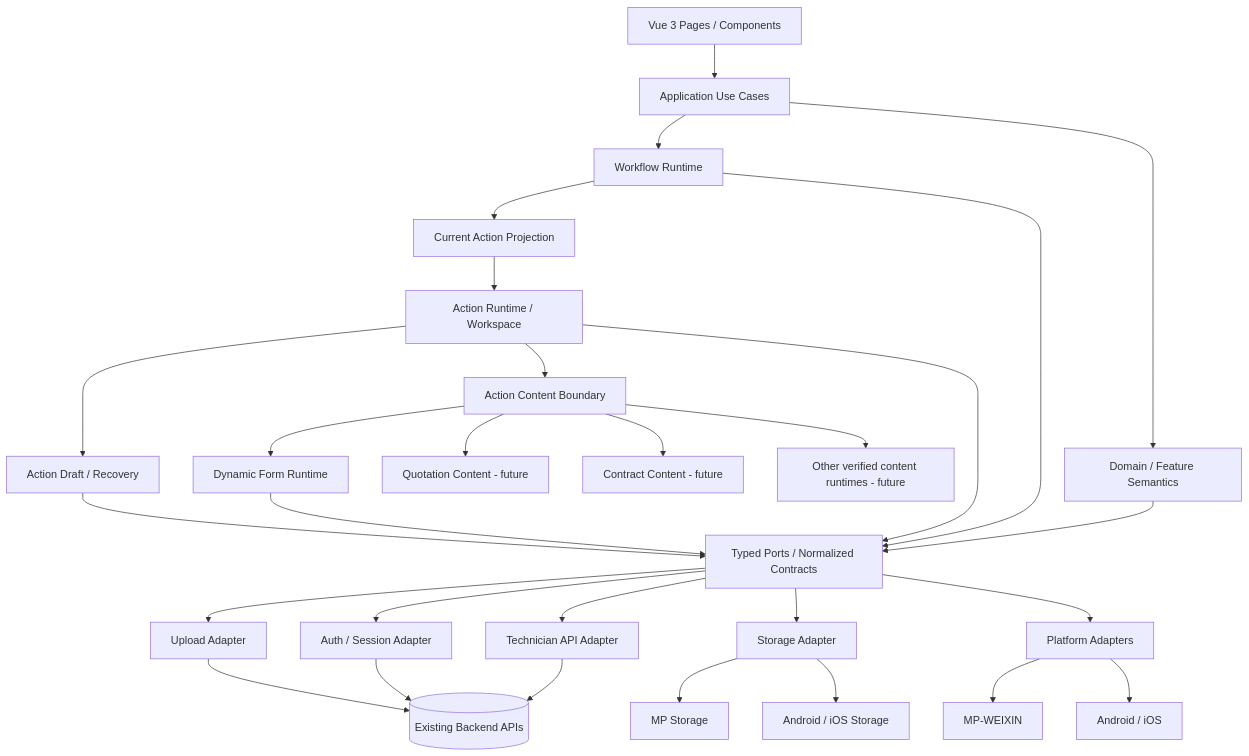
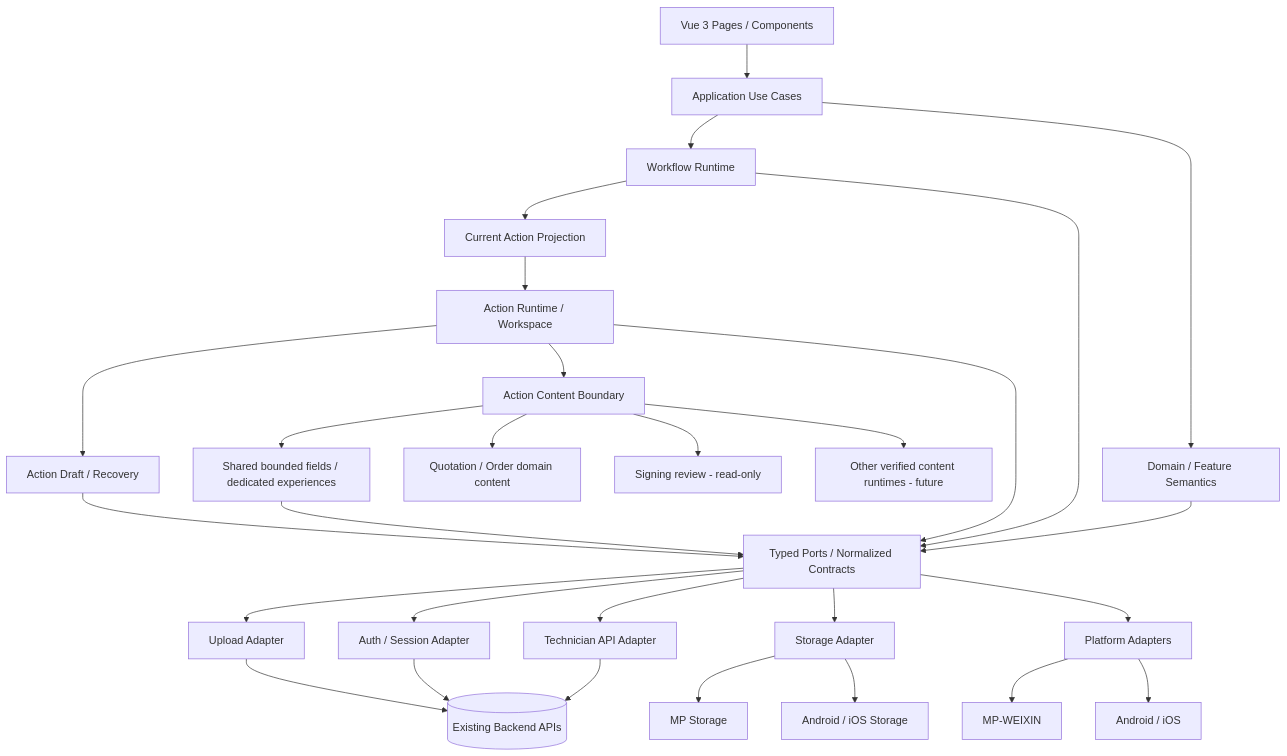
The diagram in docs/architecture/TARGET_ARCHITECTURE.md (xlink-bj/xlink-technician-app), drawn with Mermaid before and after one commit. The commit also changed other lines of this file and 3 other files, not shown here.

Commit message:
docs(architecture): clarify R1 data and experience boundaries

````diff
--- a/docs/architecture/TARGET_ARCHITECTURE.md
+++ b/docs/architecture/TARGET_ARCHITECTURE.md
@@ -131,39 +134,39 @@
 ```mermaid
 flowchart TD
     UI[Vue 3 Pages / Components] --> APP[Application Use Cases]
 
     APP --> DOMAIN[Domain / Feature Semantics]
     APP --> WF[Workflow Runtime]
 
     WF --> ACTIONPROJ[Current Action Projection]
     ACTIONPROJ --> ACTION[Action Runtime / Workspace]
 
     ACTION --> CONTENT[Action Content Boundary]
-    CONTENT --> FORM[Dynamic Form Runtime]
-    CONTENT --> QUOTE[Quotation Content - future]
-    CONTENT --> CONTRACT[Contract Content - future]
+    CONTENT --> FORM[Shared bounded fields / dedicated experiences]
+    CONTENT --> QUOTE[Quotation / Order domain content]
+    CONTENT --> CONTRACT[Signing review - read-only]
     CONTENT --> OTHER[Other verified content runtimes - future]
 
     ACTION --> DRAFT[Action Draft / Recovery]
 
     DOMAIN --> PORTS[Typed Ports / Normalized Contracts]
     WF --> PORTS
     ACTION --> PORTS
     FORM --> PORTS
     DRAFT --> PORTS
 
     PORTS --> API[Technician API Adapter]
     PORTS --> AUTH[Auth / Session Adapter]
     PORTS --> STORAGE[Storage Adapter]
     PORTS --> UPLOAD[Upload Adapter]
     PORTS --> PLATFORM[Platform Adapters]
 
     API --> BACKEND[(Existing Backend APIs)]
     AUTH --> BACKEND
     UPLOAD --> BACKEND
 
     STORAGE --> MPSTORE[MP Storage]
     STORAGE --> APPSTORE[Android / iOS Storage]
     PLATFORM --> MP[MP-WEIXIN]
     PLATFORM --> APPPLUS[Android / iOS]
 ```
````
